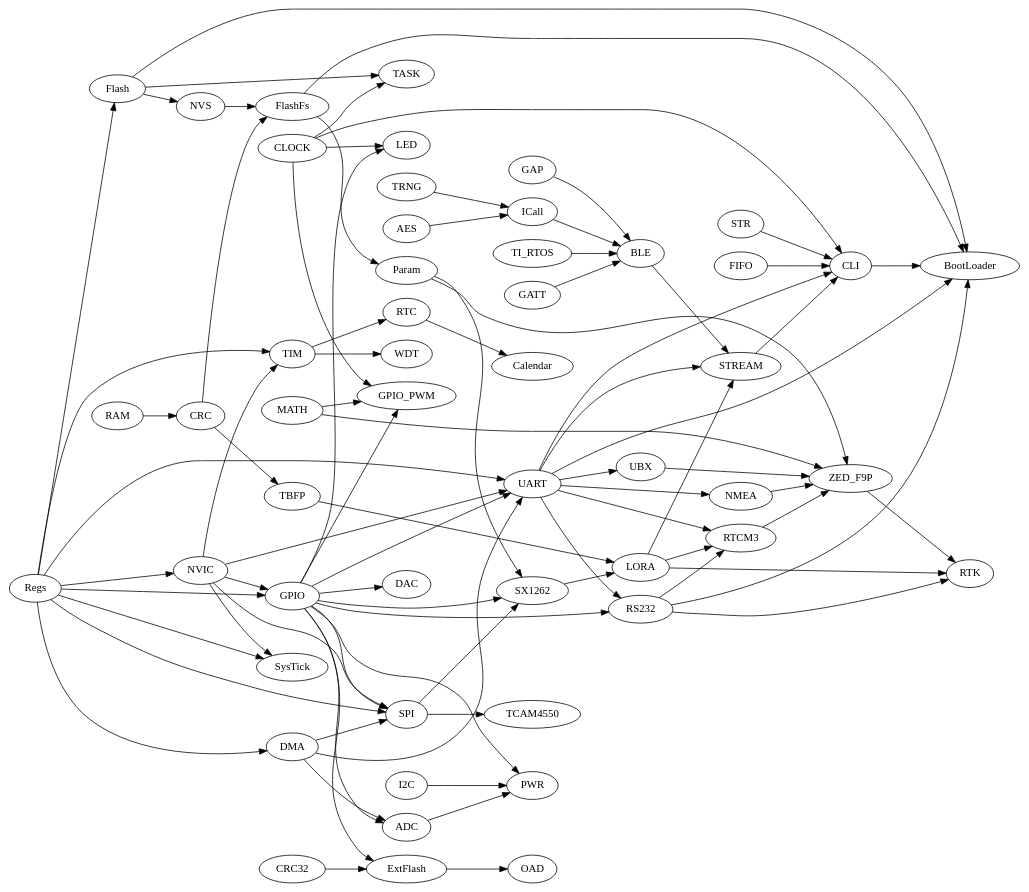
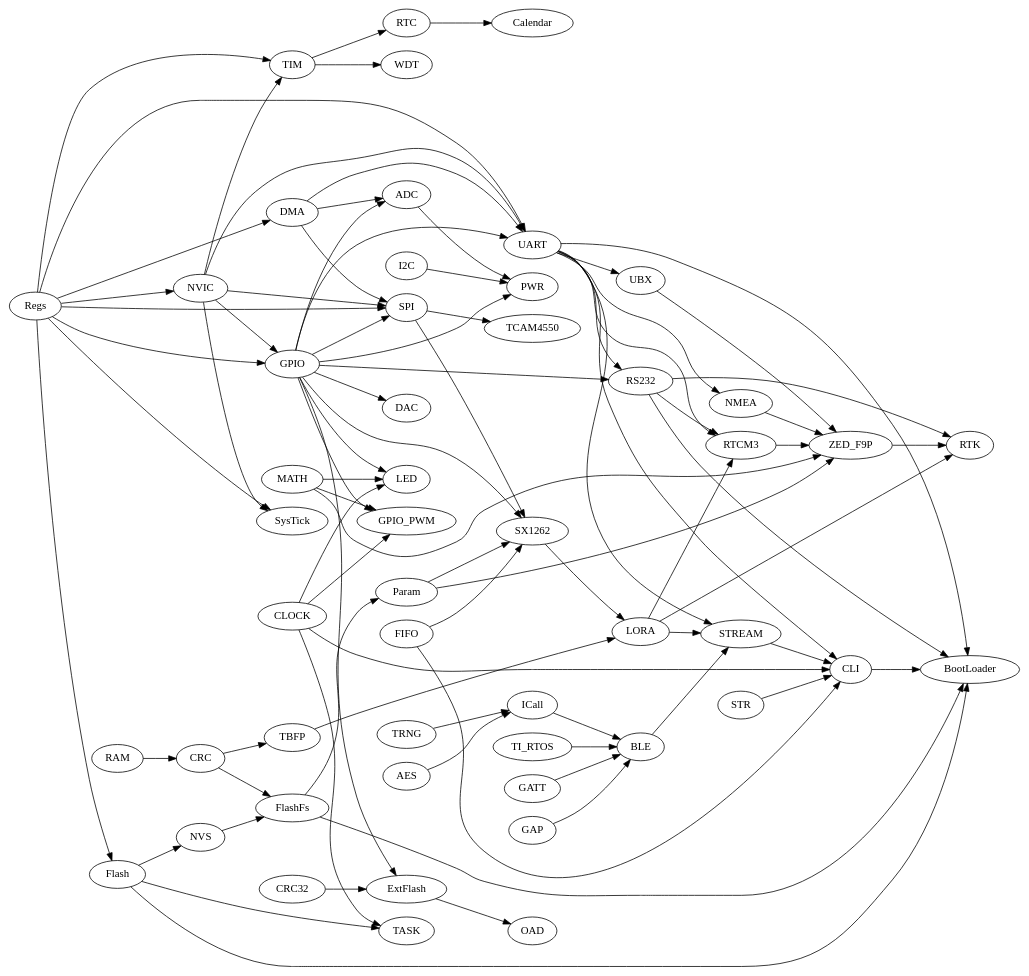
Before and after one commit to aabzel/ti_mcu_code_base: the diagram in docs/dependencies.dot, drawn with Graphviz. The commit also changed 26 other files, not shown here.

```diff
--- a/docs/dependencies.dot
+++ b/docs/dependencies.dot
@@ -1,86 +1,88 @@
 digraph graphname {
     rankdir=LR;
 	AES;
     CLOCK->CLI;
 	UART->STREAM;
 	LORA->STREAM;
 	BLE->STREAM;
 	RS232->RTK;
 	LORA->RTK;
 	ZED_F9P->RTK;
 	STREAM->CLI
     CLOCK->GPIO_PWM
     CLOCK->LED;
     CLOCK->TASK;
     Flash->TASK;
 	AES->ICall;
 	TRNG->ICall;
 	ICall->BLE;
 	TI_RTOS->BLE;
 	GATT->BLE;
 	GAP->BLE;
 	GPIO->ExtFlash;
 	CRC32->ExtFlash;
 	ExtFlash->OAD;
     CRC->FlashFs;
     CRC -> TBFP;
     DMA->SPI;
     DMA->UART;
     DMA->ADC;
     FIFO->CLI;
     Flash->NVS;
     FlashFs->Param;
     GPIO->SPI;
     GPIO->UART;
     GPIO->ADC;
     GPIO->DAC;
     GPIO->GPIO_PWM;
     GPIO->LED;
+	MATH->LED;
     GPIO->PWR;
 	ADC->PWR;
     GPIO->RS232;
     GPIO->SX1262;
+	FIFO->SX1262;
     I2C->PWR;
     LORA->RTCM3;
     MATH->GPIO_PWM;
     MATH->ZED_F9P;
     NMEA->ZED_F9P;
     NVIC->SPI;
     NVIC->UART;
     NVIC->SysTick;
     NVIC->TIM;
     NVIC->GPIO;
     NVS->FlashFs;
     Param->SX1262;
     Param->ZED_F9P;
     RAM->CRC;
     RS232->RTCM3;
     RTC->Calendar;
     RTCM3->ZED_F9P;
     Regs->SPI;
     Regs->UART;
     Regs->DMA;
     Regs->Flash;
     Regs->GPIO;
     Regs->NVIC;
     Regs->SysTick;
     Regs->TIM;
     SPI->SX1262;
     SPI->TCAM4550;
     STR->CLI;
     SX1262->LORA;
     TBFP->LORA;
     TIM->RTC;
     TIM->WDT;
     Flash->BootLoader;
     UART->BootLoader;
     FlashFs->BootLoader;
     CLI->BootLoader;
     RS232->BootLoader;
     UART->CLI;
     UART->NMEA;
     UART->RS232;
     UART->RTCM3;
     UART->UBX;
     UBX->ZED_F9P;
 }
```
